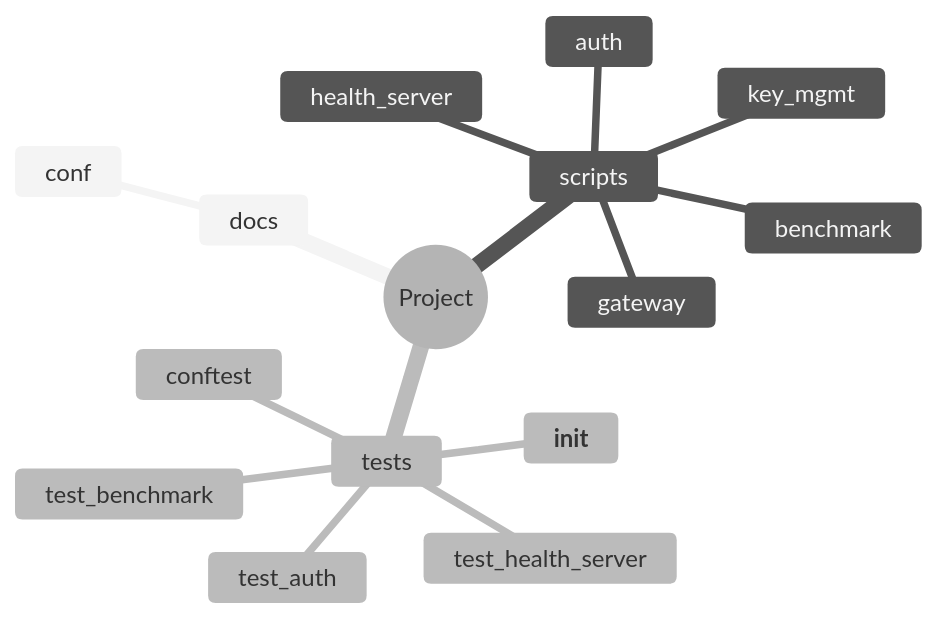
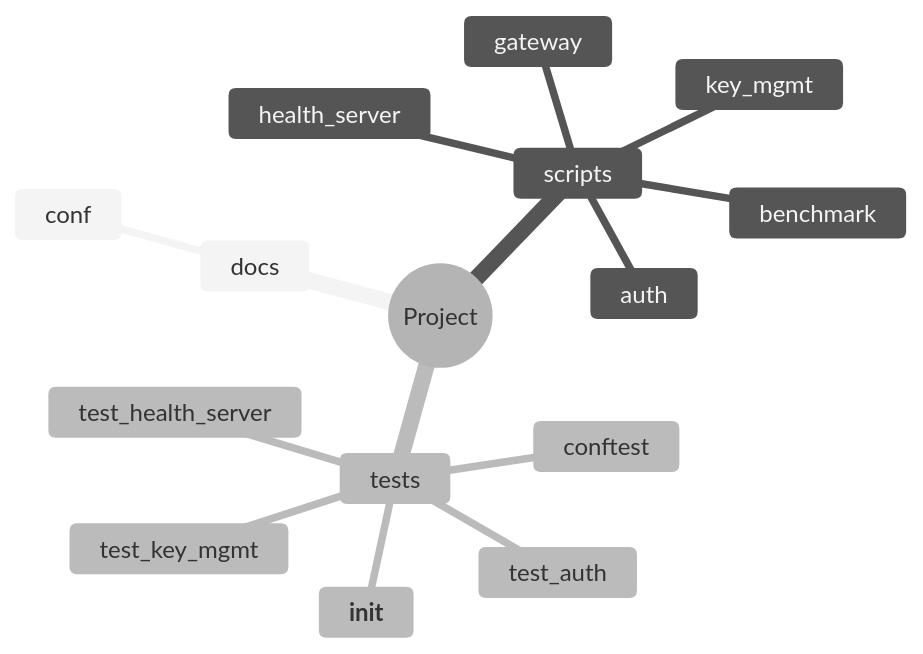
Before and after one commit to zepfu/llama-gguf-inference: the fifth of 8 diagrams in docs/auto/ARCHITECTURE_AUTO.md, drawn with Mermaid (neutral theme). The commit also changed other lines of this file and 2 other files, not shown here.

````diff
--- a/docs/auto/ARCHITECTURE_AUTO.md
+++ b/docs/auto/ARCHITECTURE_AUTO.md
@@ -179,18 +175,18 @@
 ```mermaid
 mindmap
   root((Project))
     docs
       conf
     scripts
       benchmark
+      health_server
+      gateway
       key_mgmt
-      gateway
-      health_server
       auth
     tests
       __init__
+      test_health_server
+      test_key_mgmt
       conftest
       test_auth
-      test_benchmark
-      test_health_server
 ```
````
